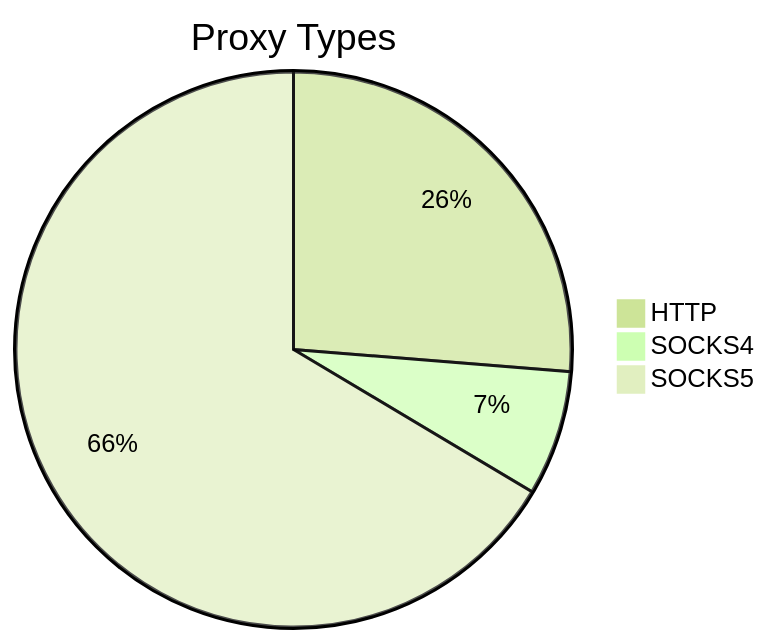
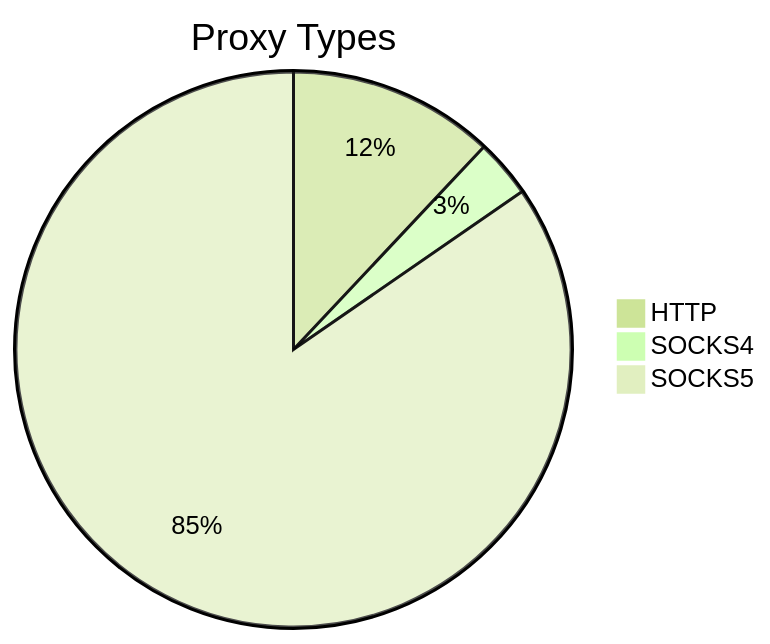
Before and after one commit to stormsia/proxy-list: the first of 2 diagrams in README.md, drawn with Mermaid (forest theme). The commit also changed other lines of this file, not shown here.

````diff
--- a/README.md
+++ b/README.md
@@ -21,6 +21,6 @@
 ```mermaid
 pie title Proxy Types
-    "HTTP" : 155
-    "SOCKS4" : 43
-    "SOCKS5" : 392
+    "HTTP" : 121
+    "SOCKS4" : 34
+    "SOCKS5" : 853
 ```
````
